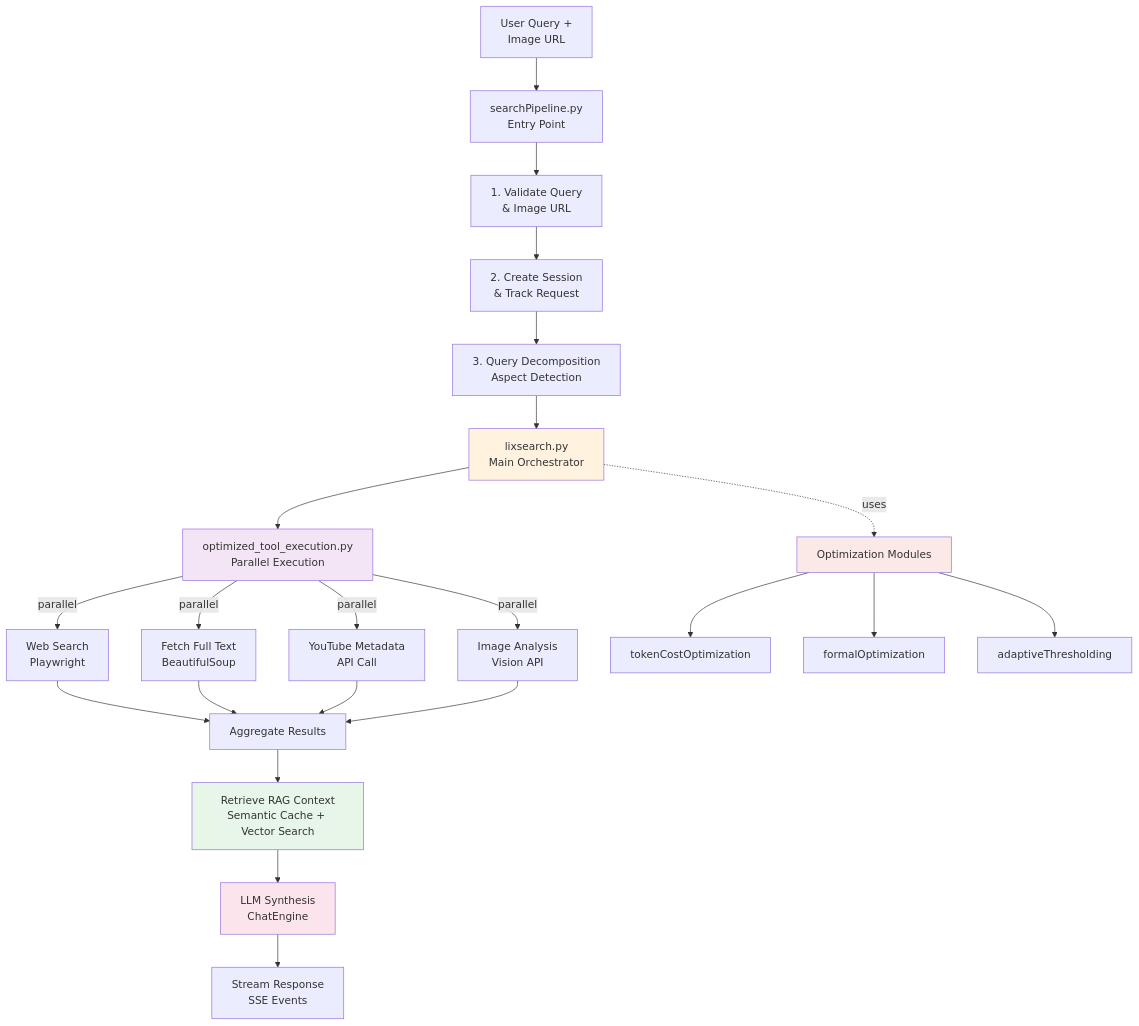
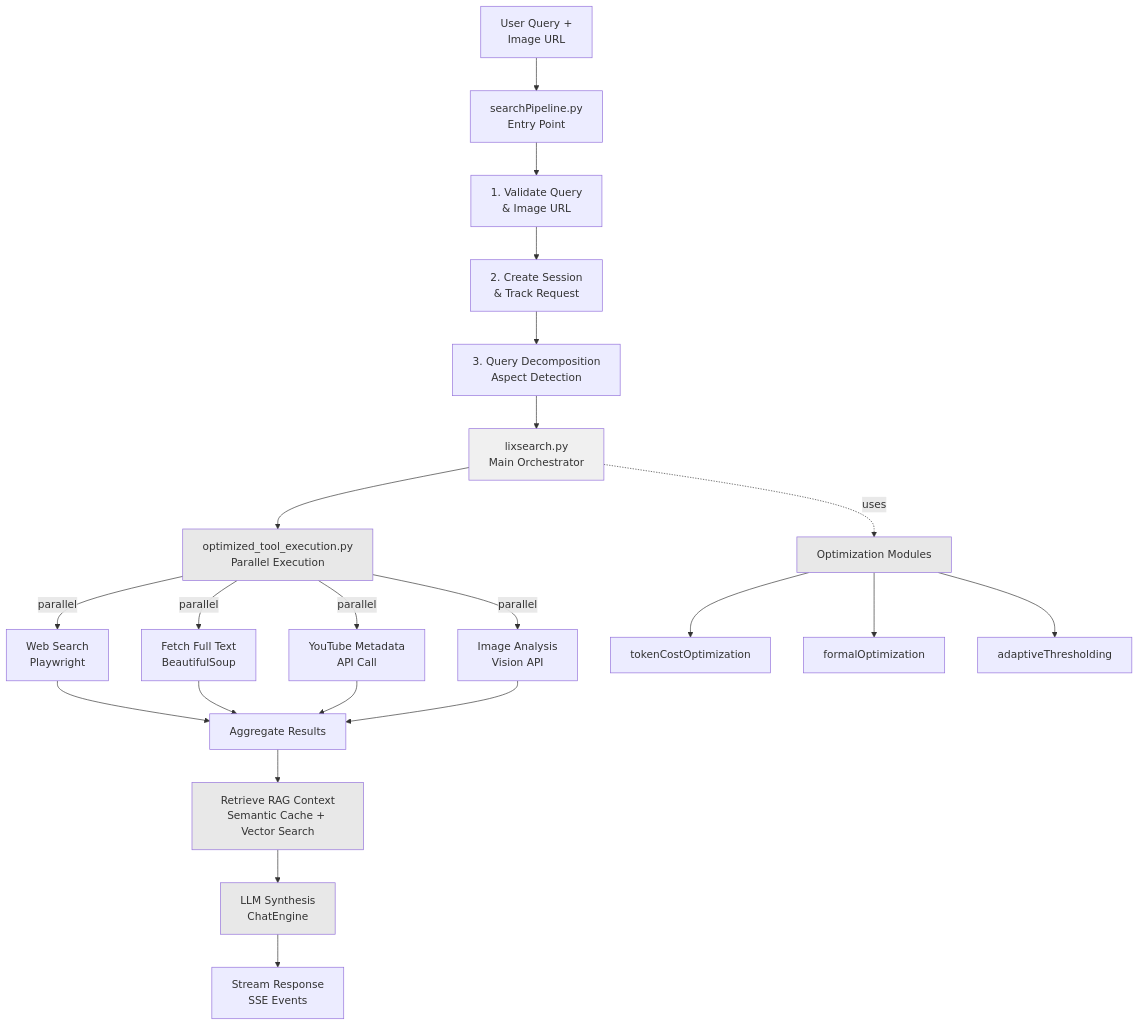
The third of 17 diagrams in DOCS/FULL_ARCHITECTURE.md (pollinations/lixSearch), drawn with Mermaid before and after one commit. The commit also changed other lines of this file, not shown here.

Commit message:
refactor: Update diagram styles for improved visual consistency in architecture documentation

````diff
--- a/DOCS/FULL_ARCHITECTURE.md
+++ b/DOCS/FULL_ARCHITECTURE.md
@@ -340,60 +340,60 @@
 ```mermaid
 graph TD
     Input["User Query +<br/>Image URL"]
     SearchPipeline["searchPipeline.py<br/>Entry Point"]
     
     Validate["1. Validate Query<br/>& Image URL"]
     CreateSession["2. Create Session<br/>& Track Request"]
     Decompose["3. Query Decomposition<br/>Aspect Detection"]
     
     LixSearch["lixsearch.py<br/>Main Orchestrator"]
     
     ToolExec["optimized_tool_execution.py<br/>Parallel Execution"]
     
     WebSearch["Web Search<br/>Playwright"]
     FetchText["Fetch Full Text<br/>BeautifulSoup"]
     YouTubeAPI["YouTube Metadata<br/>API Call"]
     ImageAnalysis["Image Analysis<br/>Vision API"]
     
     Aggregate["Aggregate Results"]
     RAGContext["Retrieve RAG Context<br/>Semantic Cache + Vector Search"]
     LLMSynthesize["LLM Synthesis<br/>ChatEngine"]
     StreamResponse["Stream Response<br/>SSE Events"]
     
     OptModules["Optimization Modules"]
     TokenCost["tokenCostOptimization"]
     FormalOpt["formalOptimization"]
     AdaptiveThresh["adaptiveThresholding"]
     
     Input --> SearchPipeline
     SearchPipeline --> Validate
     Validate --> CreateSession
     CreateSession --> Decompose
     Decompose --> LixSearch
     
     LixSearch --> ToolExec
     ToolExec -->|parallel| WebSearch
     ToolExec -->|parallel| FetchText
     ToolExec -->|parallel| YouTubeAPI
     ToolExec -->|parallel| ImageAnalysis
     
     WebSearch --> Aggregate
     FetchText --> Aggregate
     YouTubeAPI --> Aggregate
     ImageAnalysis --> Aggregate
     
     Aggregate --> RAGContext
     RAGContext --> LLMSynthesize
     LLMSynthesize --> StreamResponse
     
     LixSearch -.->|uses| OptModules
     OptModules --> TokenCost
     OptModules --> FormalOpt
     OptModules --> AdaptiveThresh
     
-    style LixSearch fill:#FFF3E0
-    style ToolExec fill:#F3E5F5
-    style RAGContext fill:#E8F5E9
-    style LLMSynthesize fill:#FCE4EC
-    style OptModules fill:#FBE9E7
+    style LixSearch fill:#F0F0F0
+    style ToolExec fill:#E8E8E8
+    style RAGContext fill:#E8E8E8
+    style LLMSynthesize fill:#E8E8E8
+    style OptModules fill:#E8E8E8
 ```
````
